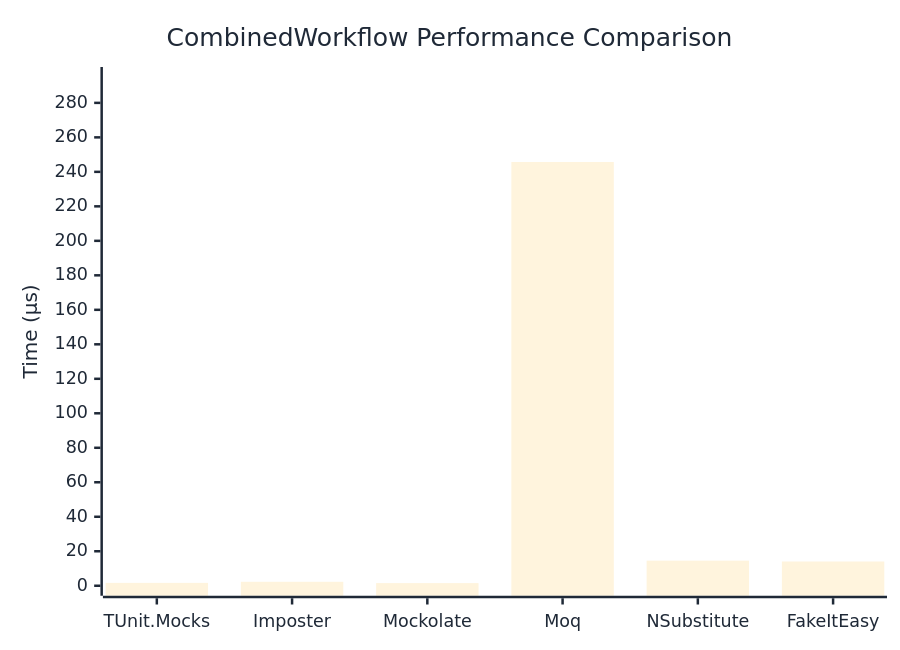
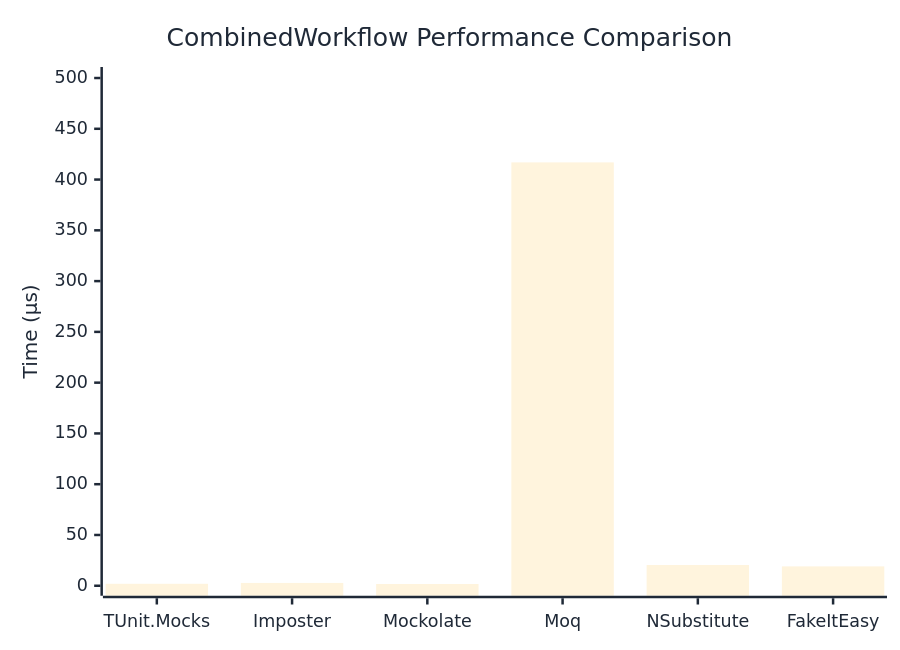
One commit to thomhurst/TUnit changed the diagram in docs/docs/benchmarks/mocks/CombinedWorkflow.md. Above: the diagram before and after it, drawn with Mermaid. The commit also changed other lines of this file and 14 other files, not shown here.

````diff
--- a/docs/docs/benchmarks/mocks/CombinedWorkflow.md
+++ b/docs/docs/benchmarks/mocks/CombinedWorkflow.md
@@ -30,27 +30,27 @@
 ```mermaid
 %%{init: {
   'theme':'base',
   'themeVariables': {
     'primaryColor': '#2563eb',
     'primaryTextColor': '#1f2937',
     'primaryBorderColor': '#1e40af',
     'lineColor': '#6b7280',
     'secondaryColor': '#7c3aed',
     'tertiaryColor': '#dc2626',
     'background': '#ffffff',
     'pie1': '#2563eb',
     'pie2': '#7c3aed',
     'pie3': '#dc2626',
     'pie4': '#f59e0b',
     'pie5': '#10b981',
     'pie6': '#06b6d4',
     'pie7': '#ec4899',
     'pie8': '#6366f1'
   }
 }}%%
 xychart-beta
   title "CombinedWorkflow Performance Comparison"
   x-axis ["TUnit.Mocks", "Imposter", "Mockolate", "Moq", "NSubstitute", "FakeItEasy"]
-  y-axis "Time (μs)" 0 --> 295
-  bar [1.66, 2.295, 1.531, 245.709, 14.555, 14.061]
+  y-axis "Time (μs)" 0 --> 501
+  bar [1.922, 2.784, 1.74, 416.898, 20.403, 19.073]
 ```
````
